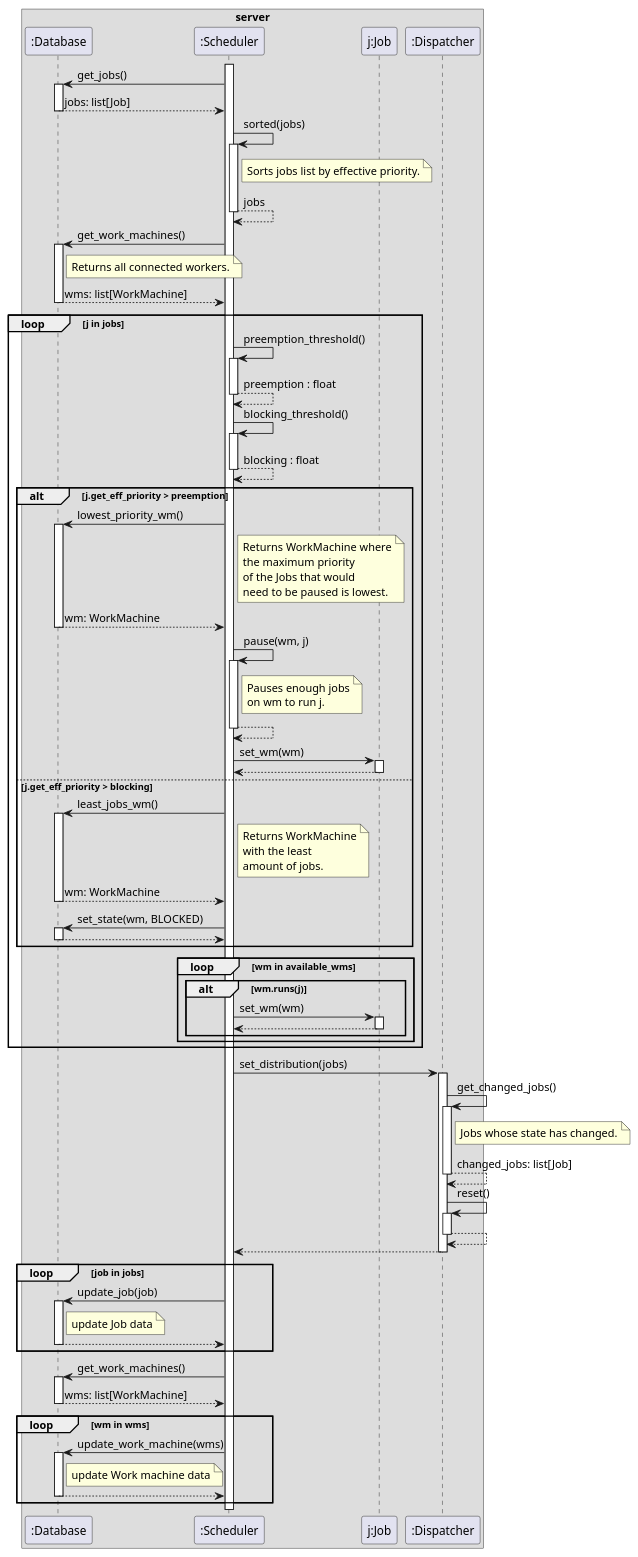
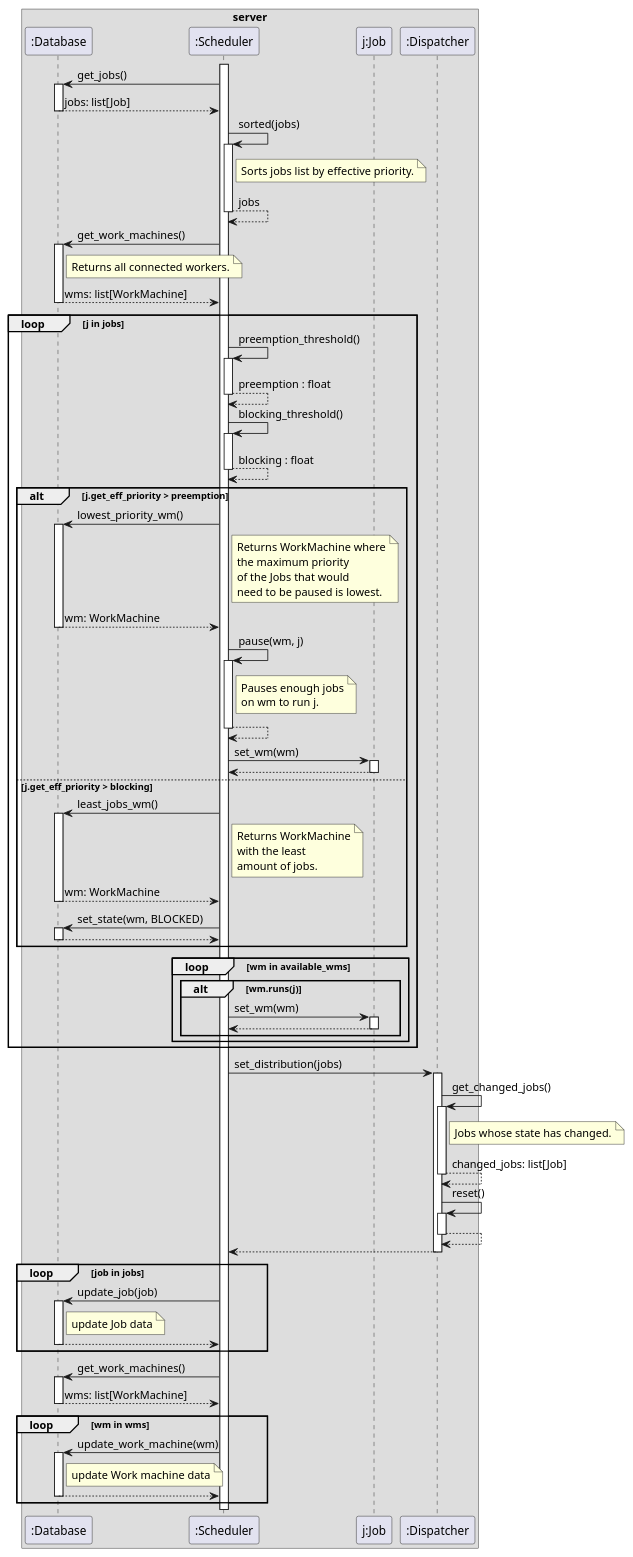
One commit to DistributedTaskScheduling/documentation changed the diagram in design/sequence/scheduler-low.puml. Above: the diagram before and after it, drawn with PlantUML.

```diff
--- a/design/sequence/scheduler-low.puml
+++ b/design/sequence/scheduler-low.puml
@@ -1,109 +1,109 @@
 @startuml
 
 box "server"
     participant ":Database" as db
     participant ":Scheduler" as s
     participant "j:Job" as j
     participant ":Dispatcher" as d
 end box
 
 s++
 s -> db++: get_jobs()
 db --> s--: jobs: list[Job]
 
 s -> s++: sorted(jobs)
 note right of s
     Sorts jobs list by effective priority.
 end note
 s --> s--: jobs
 
 s -> db++: get_work_machines()
 note right of db
     Returns all connected workers.
 end note
 db --> s--: wms: list[WorkMachine]
 
 loop j in jobs
     
     s->s++ : preemption_threshold()
     s-->s-- : preemption : float
     
     s->s++ : blocking_threshold()
     s-->s-- : blocking : float
     
     alt j.get_eff_priority > preemption
         s -> db++ : lowest_priority_wm()
         note right of s
             Returns WorkMachine where
             the maximum priority
             of the Jobs that would
             need to be paused is lowest.
         end note
         db --> s--: wm: WorkMachine
         s -> s ++: pause(wm, j)
         note right of s
             Pauses enough jobs
             on wm to run j.
         end note
         
         s--> s--
 
         s -> j++: set_wm(wm)
         j --> s--
    
     else j.get_eff_priority > blocking
         s -> db++ : least_jobs_wm()
         note right of s
             Returns WorkMachine
             with the least
             amount of jobs.
         end note
         db --> s--: wm: WorkMachine
         
         s -> db++: set_state(wm, BLOCKED)
         db-->s--
     end
     
     loop wm in available_wms
         alt wm.runs(j)
             s -> j++: set_wm(wm)
             j --> s--
         end
     end
     
 end
 
 s -> d++: set_distribution(jobs)
 
 
 d -> d++: get_changed_jobs()
 note right of d
     Jobs whose state has changed.
 end note
 d --> d-- : changed_jobs: list[Job]
 d -> d++: reset()
 d-->d--
 
 d --> s--
 
 loop job in jobs
     s -> db++: update_job(job)
     note right of db
         update Job data
     end note
     db --> s--
 end
 
 s->db++ : get_work_machines()
 db-->s-- : wms: list[WorkMachine]
 
 loop wm in wms 
-    s -> db++: update_work_machine(wms)
+    s -> db++: update_work_machine(wm)
     note right of db
         update Work machine data
     end note
     db --> s--
 end
 
 
 @enduml
```
